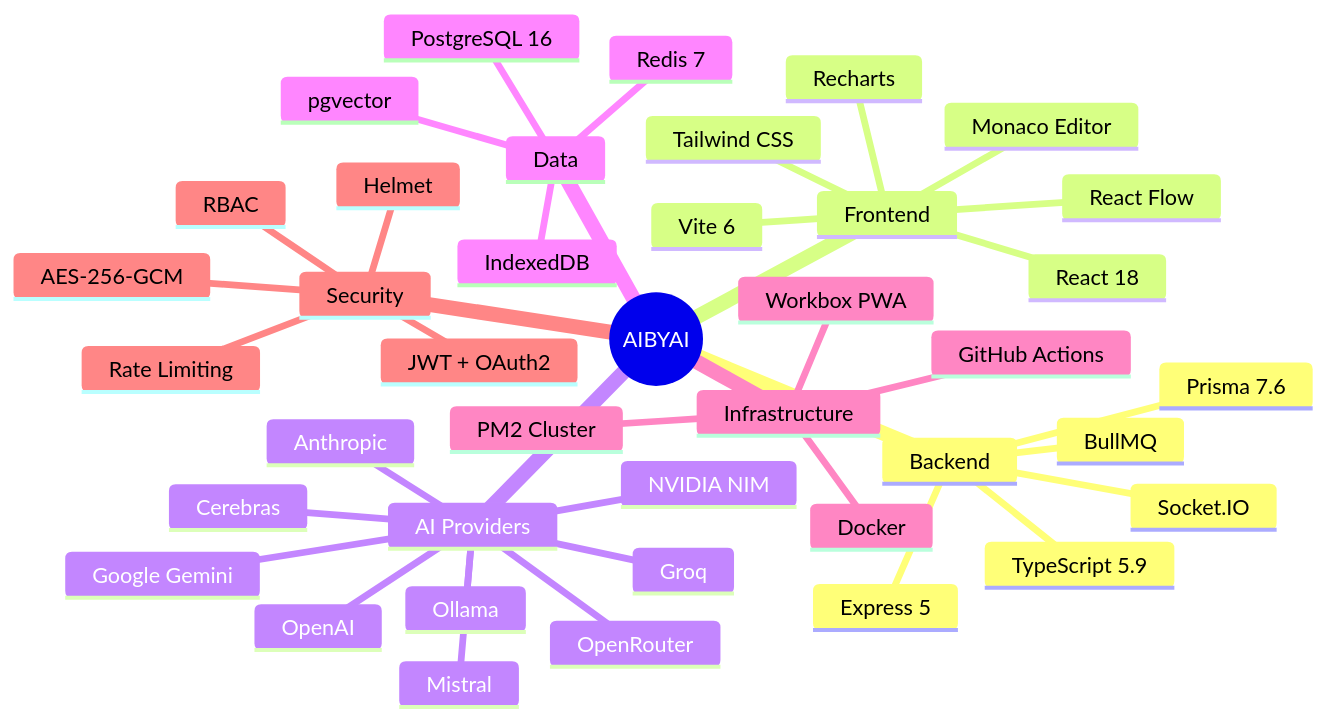
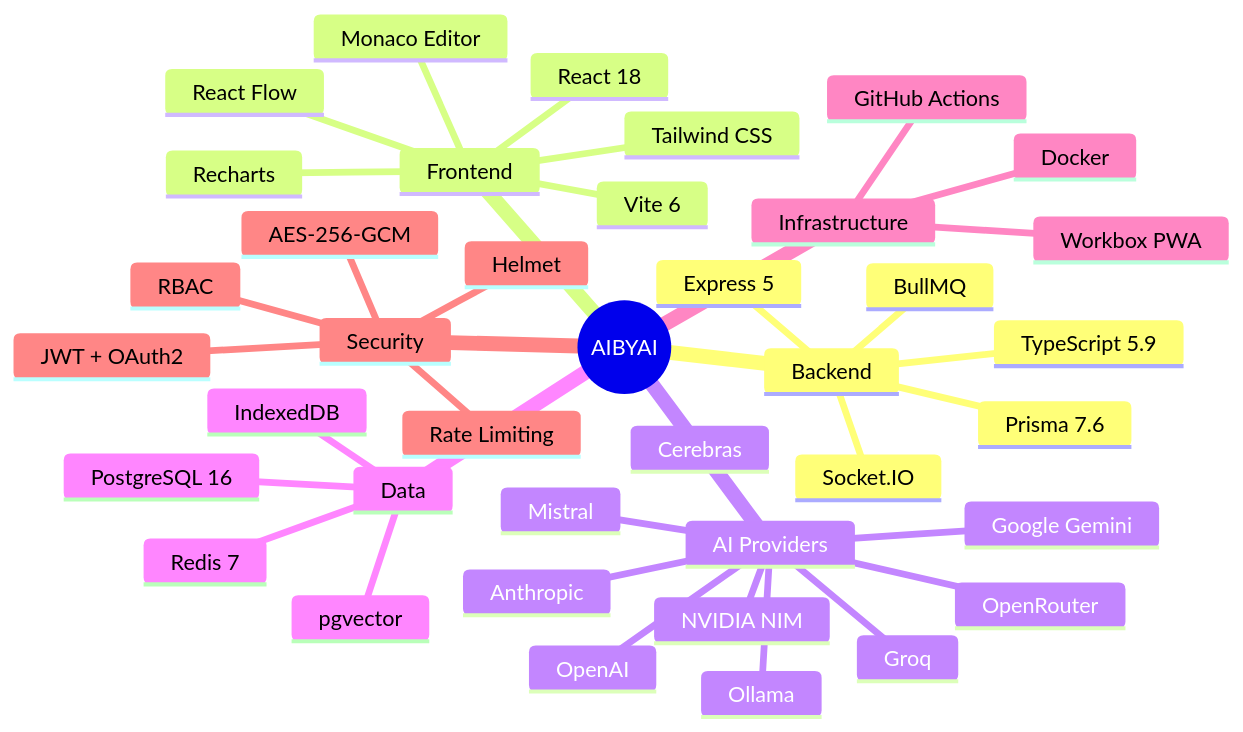
One commit to Yash-Awasthi/Judica changed the third of 3 diagrams in README.md. Above: the diagram before and after it, drawn with Mermaid. The commit also changed other lines of this file and 33 other files, not shown here.

````diff
--- a/README.md
+++ b/README.md
@@ -201,43 +201,42 @@
 ```mermaid
 mindmap
   root((AIBYAI))
     Backend
       Express 5
       TypeScript 5.9
       Prisma 7.6
       BullMQ
       Socket.IO
     Frontend
       React 18
       Vite 6
       Tailwind CSS
       React Flow
       Monaco Editor
       Recharts
     AI Providers
       OpenAI
       Anthropic
       Google Gemini
       Groq
       Ollama
       OpenRouter
       Mistral
       Cerebras
       NVIDIA NIM
     Data
       PostgreSQL 16
       pgvector
       Redis 7
       IndexedDB
     Infrastructure
       Docker
-      PM2 Cluster
       GitHub Actions
       Workbox PWA
     Security
       Helmet
       JWT + OAuth2
       AES-256-GCM
       RBAC
       Rate Limiting
 ```
````
